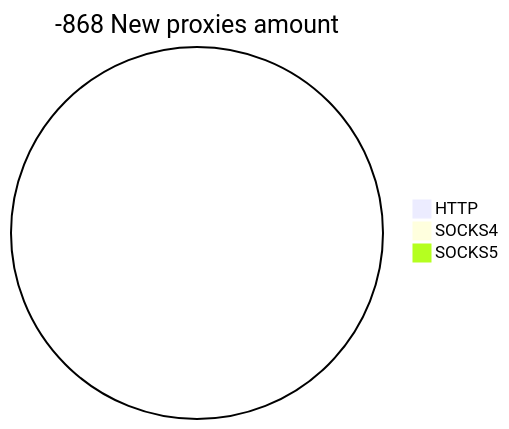
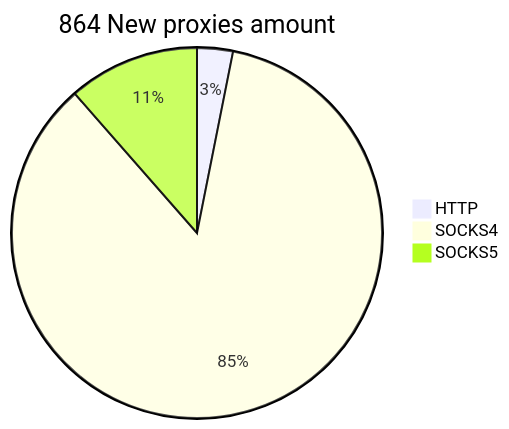
The second of 2 diagrams in README.md (cutipu/proxylist), drawn with Mermaid before and after one commit. The commit also changed other lines of this file, not shown here.

````diff
--- a/README.md
+++ b/README.md
@@ -10,6 +10,6 @@
 ```mermaid
-pie title -868 New proxies amount
-    "HTTP" : 0
-    "SOCKS4" : 0
-    "SOCKS5" : 0
+pie title 864 New proxies amount
+    "HTTP" : 27
+    "SOCKS4" : 738
+    "SOCKS5" : 99
 ```
````
